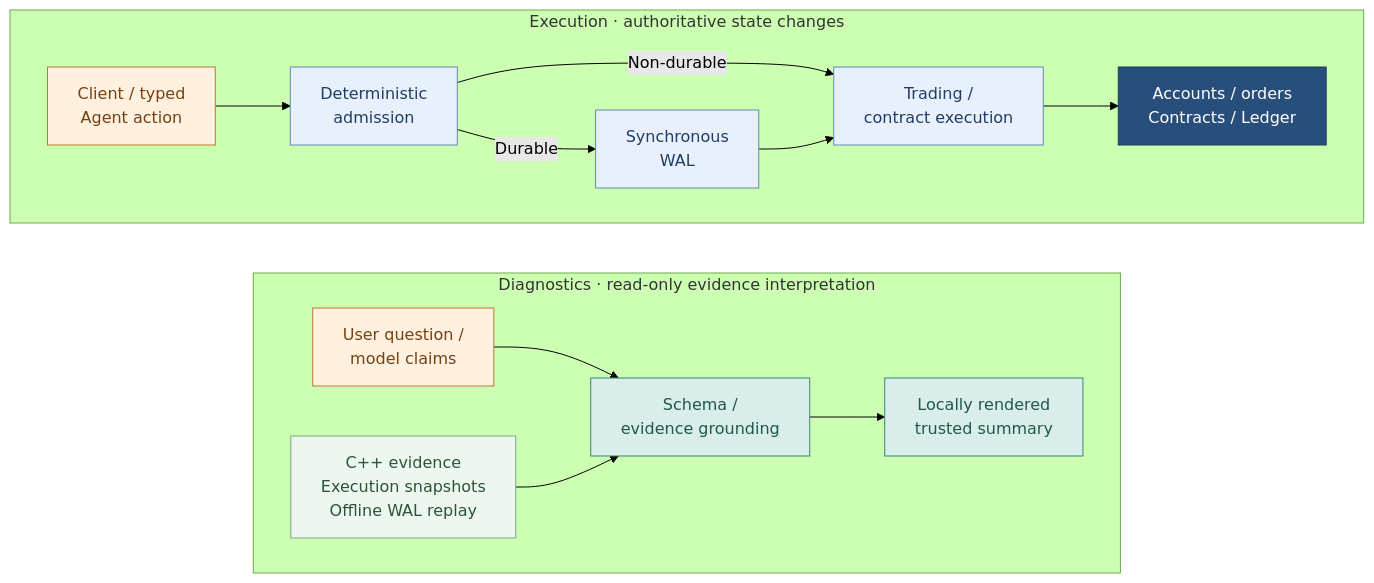
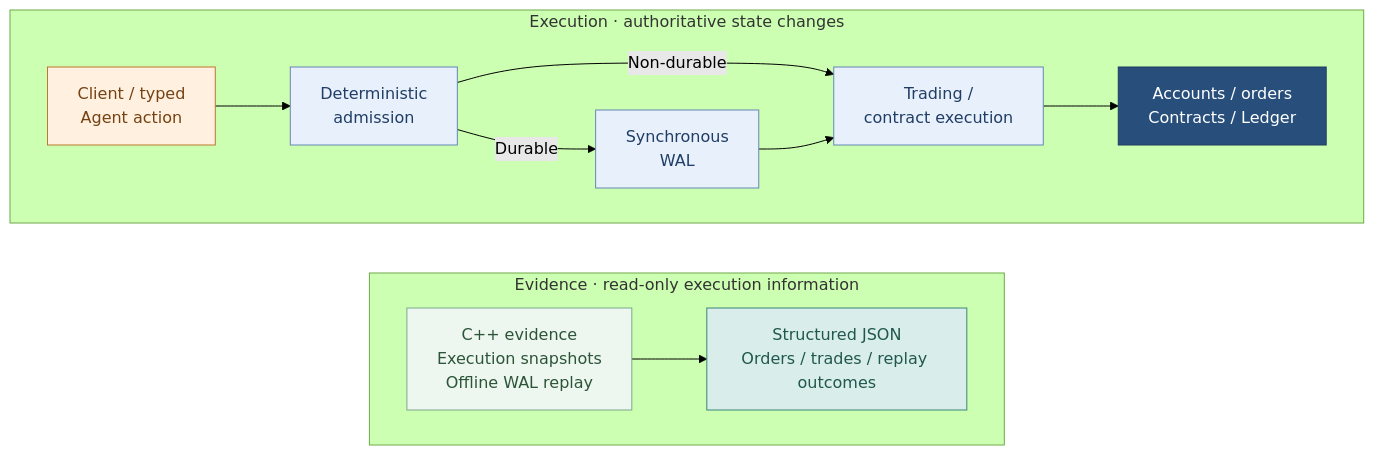
The diagram in README-EN.md (guangong789/Exchange), drawn with Mermaid (forest theme) before and after one commit. The commit also changed other lines of this file and 38 other files, not shown here.

````diff
--- a/README-EN.md
+++ b/README-EN.md
@@ -11,31 +11,29 @@
 ```mermaid
 flowchart TB
     subgraph execution_path["Execution · authoritative state changes"]
         direction LR
         client["Client / typed<br/>Agent action"] --> admission["Deterministic<br/>admission"]
         admission -->|Durable| wal["Synchronous<br/>WAL"]
         admission -->|Non-durable| apply["Trading /<br/>contract execution"]
         wal --> apply
         apply --> state["Accounts / orders<br/>Contracts / Ledger"]
     end
 
-    subgraph diagnostics_path["Diagnostics · read-only evidence interpretation"]
+    subgraph evidence_path["Evidence · read-only execution information"]
         direction LR
-        claims["User question /<br/>model claims"] --> validation["Schema /<br/>evidence grounding"]
-        evidence["C++ evidence<br/>Execution snapshots<br/>Offline WAL replay"] --> validation
-        validation --> summary["Locally rendered<br/>trusted summary"]
+        evidence["C++ evidence<br/>Execution snapshots<br/>Offline WAL replay"] --> records["Structured JSON<br/>Orders / trades / replay outcomes"]
     end
 
-    execution_path ~~~ diagnostics_path
+    execution_path ~~~ evidence_path
 
     classDef intent fill:#fff0df,stroke:#bf762e,color:#754213
     classDef execution fill:#e8f0fc,stroke:#6486b5,color:#203e65
     classDef state fill:#284f7c,stroke:#1c3d62,color:#ffffff
     classDef evidence fill:#edf7ef,stroke:#7ba98b,color:#2c5438
-    classDef trusted fill:#d9eeea,stroke:#398579,color:#20574e
-    class client,claims intent
+    classDef output fill:#d9eeea,stroke:#398579,color:#20574e
+    class client intent
     class admission,wal,apply execution
     class state state
     class evidence evidence
-    class validation,summary trusted
+    class records output
 ```
````
